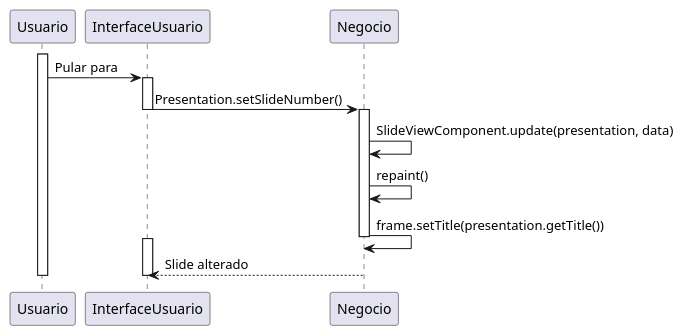
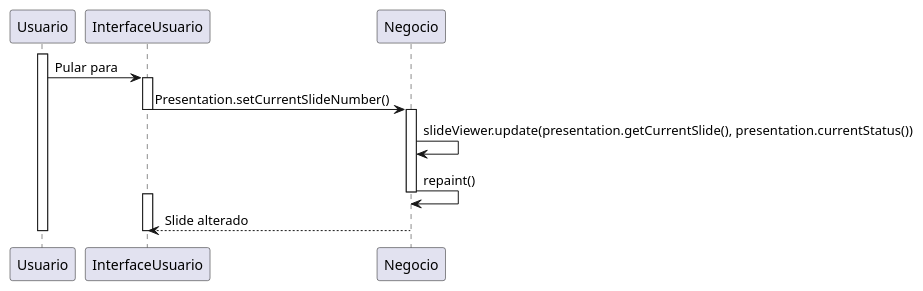
Before and after one commit to kvojps/estudo-uml: the diagram in jabberPoint/diagramaSequencia/pularSlide.puml, drawn with PlantUML. The commit also changed 5 other files, not shown here.

Commit message:
Refatorando diagramas de sequência

```diff
--- a/jabberPoint/diagramaSequencia/pularSlide.puml
+++ b/jabberPoint/diagramaSequencia/pularSlide.puml
@@ -1,18 +1,17 @@
 @startuml pular para
 
 activate Usuario
 Usuario -> InterfaceUsuario : Pular para
 activate InterfaceUsuario
-InterfaceUsuario -> Negocio : Presentation.setSlideNumber()
+InterfaceUsuario -> Negocio : Presentation.setCurrentSlideNumber()
 deactivate InterfaceUsuario
 activate Negocio
-Negocio -> Negocio : SlideViewComponent.update(presentation, data)
+Negocio -> Negocio : slideViewer.update(presentation.getCurrentSlide(), presentation.currentStatus())
 Negocio -> Negocio : repaint()
-Negocio -> Negocio : frame.setTitle(presentation.getTitle())
 deactivate Negocio
 activate InterfaceUsuario
 Negocio --> InterfaceUsuario : Slide alterado
 deactivate InterfaceUsuario
 deactivate Usuario
 
 @enduml
```
